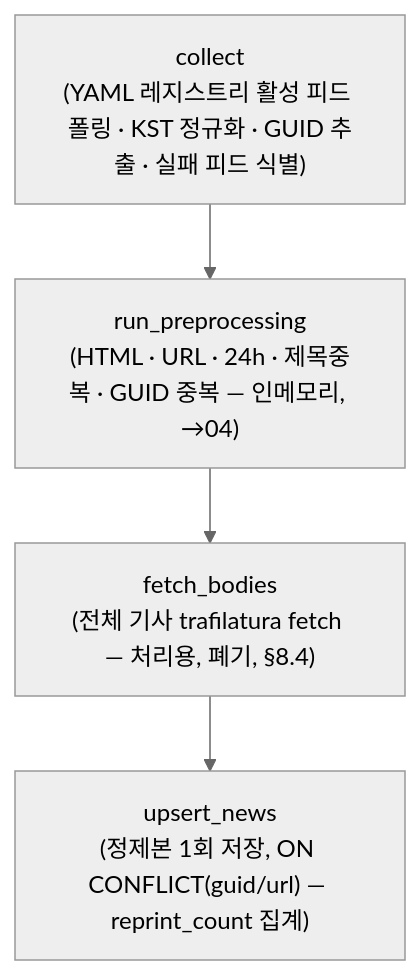
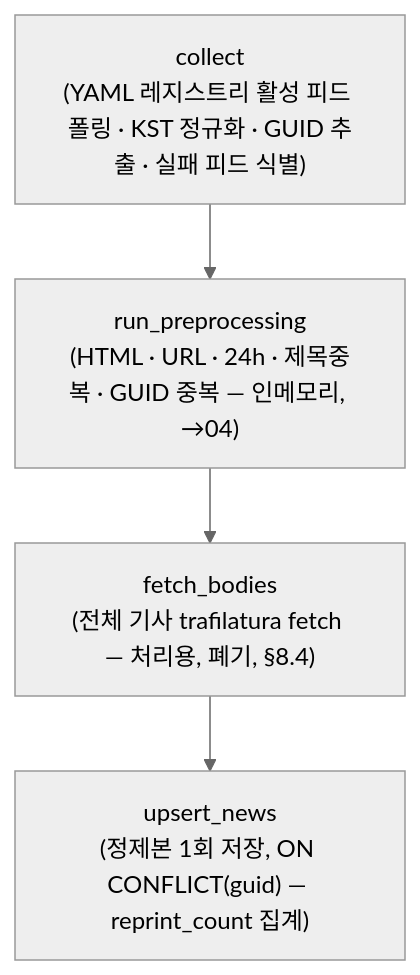
Before and after one commit to jangdokdae990/jangdokdae-server: the first of 2 diagrams in docs/design/02-news-collection-design.md, drawn with Mermaid (neutral theme). The commit also changed other lines of this file, not shown here.

Commit message:
docs(design): reconcile news collection design with guid dedup key

````diff
--- a/docs/design/02-news-collection-design.md
+++ b/docs/design/02-news-collection-design.md
@@ -112,8 +112,8 @@
 ```mermaid
 flowchart TD
     A["collect<br/>(YAML 레지스트리 활성 피드 폴링 · KST 정규화 · GUID 추출 · 실패 피드 식별)"]
     B["run_preprocessing<br/>(HTML · URL · 24h · 제목중복 · GUID 중복 — 인메모리, →04)"]
     C["fetch_bodies<br/>(전체 기사 trafilatura fetch — 처리용, 폐기, §8.4)"]
-    D["upsert_news<br/>(정제본 1회 저장, ON CONFLICT(guid/url) — reprint_count 집계)"]
+    D["upsert_news<br/>(정제본 1회 저장, ON CONFLICT(guid) — reprint_count 집계)"]
     A --> B --> C --> D
 ```
````
